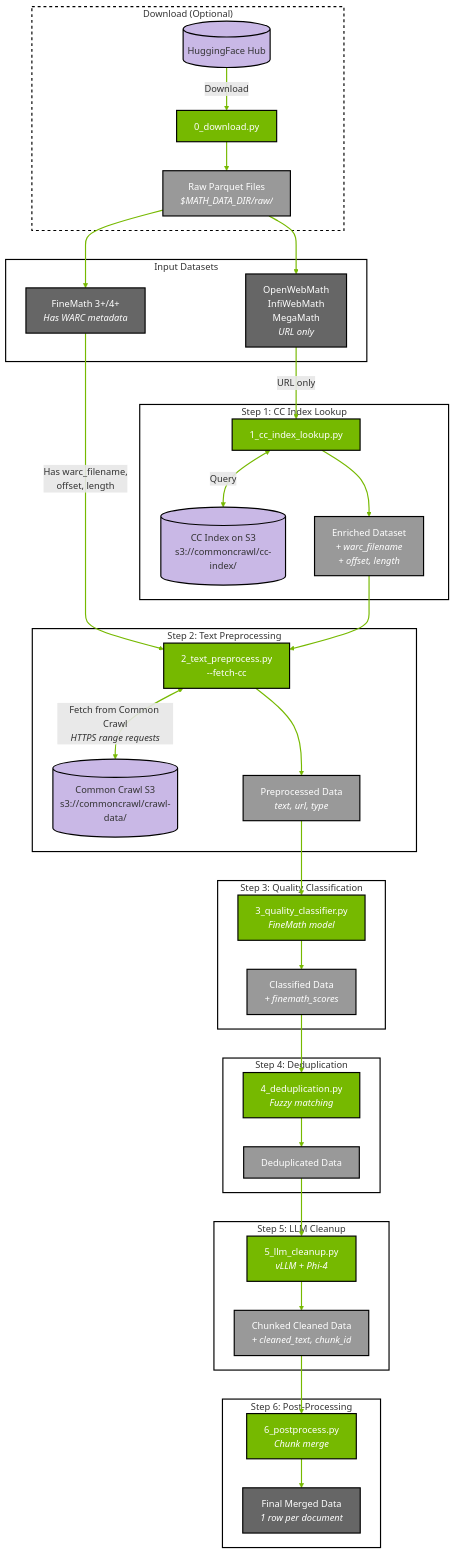
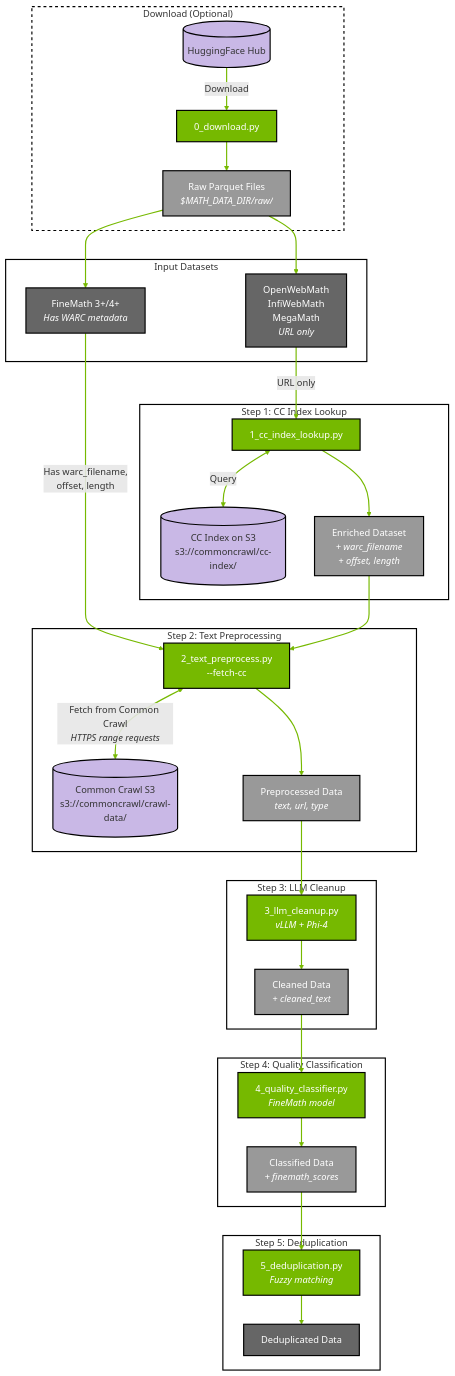
One commit to NVIDIA-NeMo/Curator changed the diagram in tutorials/math/README.md. Above: the diagram before and after it, drawn with Mermaid. The commit also changed other lines of this file and 12 other files, not shown here.

```diff
--- a/tutorials/math/README.md
+++ b/tutorials/math/README.md
@@ -193,24 +193,19 @@
         PREPROCESSED["Preprocessed Data<br/><i>text, url, type</i>"]
     end
 
-    subgraph step3["Step 3: Quality Classification"]
-        CLASSIFY["3_quality_classifier.py<br/><i>FineMath model</i>"]
+    subgraph step3["Step 3: LLM Cleanup"]
+        LLM["3_llm_cleanup.py<br/><i>vLLM + Phi-4</i>"]
+        FINAL["Cleaned Data<br/><i>+ cleaned_text</i>"]
+    end
+
+    subgraph step4["Step 4: Quality Classification"]
+        CLASSIFY["4_quality_classifier.py<br/><i>FineMath model</i>"]
         CLASSIFIED["Classified Data<br/><i>+ finemath_scores</i>"]
     end
 
-    subgraph step4["Step 4: Deduplication"]
-        DEDUP["4_deduplication.py<br/><i>Fuzzy matching</i>"]
+    subgraph step5["Step 5: Deduplication"]
+        DEDUP["5_deduplication.py<br/><i>Fuzzy matching</i>"]
         DEDUPED["Deduplicated Data"]
-    end
-
-    subgraph step5["Step 5: LLM Cleanup"]
-        LLM["5_llm_cleanup.py<br/><i>vLLM + Phi-4</i>"]
-        CHUNKED["Chunked Cleaned Data<br/><i>+ cleaned_text, chunk_id</i>"]
-    end
-
-    subgraph step6["Step 6: Post-Processing"]
-        MERGE["6_postprocess.py<br/><i>Chunk merge</i>"]
-        FINAL["Final Merged Data<br/><i>1 row per document</i>"]
     end
 
     %% Download flow (optional)
@@ -231,14 +226,12 @@
     %% Common flow after preprocessing
     EXTRACT <-->|"Fetch from Common Crawl<br/><i>HTTPS range requests</i>"| CC_S3
     EXTRACT --> PREPROCESSED
-    PREPROCESSED --> CLASSIFY
+    PREPROCESSED --> LLM
+    LLM --> FINAL
+    FINAL --> CLASSIFY
     CLASSIFY --> CLASSIFIED
     CLASSIFIED --> DEDUP
     DEDUP --> DEDUPED
-    DEDUPED --> LLM
-    LLM --> CHUNKED
-    CHUNKED --> MERGE
-    MERGE --> FINAL
 
     %% ==========================================
     %% NVIDIA Color Scheme
@@ -262,13 +255,13 @@
     class HF,CC_INDEX,CC_S3 nvidiaPurple
 
     %% Processing steps (Python scripts) - NVIDIA Green
-    class DL,LOOKUP,EXTRACT,CLASSIFY,DEDUP,LLM,MERGE nvidiaGreen
+    class DL,LOOKUP,EXTRACT,LLM,CLASSIFY,DEDUP nvidiaGreen
 
     %% Intermediate outputs - Light Gray
-    class RAW,ENRICHED,PREPROCESSED,CLASSIFIED,DEDUPED,CHUNKED nvidiaLightGray
+    class RAW,ENRICHED,PREPROCESSED,FINAL,CLASSIFIED nvidiaLightGray
 
     %% Final output - Gray
-    class FINAL nvidiaGray
+    class DEDUPED nvidiaGray
 
     %% Subgraph styling (Note: subgraph styling support varies by renderer)
     style download fill:transparent,stroke:#000000,stroke-width:2px,stroke-dasharray:5 5,color:#333
@@ -278,7 +271,6 @@
     style step3 fill:transparent,stroke:#000000,stroke-width:2px,color:#333
     style step4 fill:transparent,stroke:#000000,stroke-width:2px,color:#333
     style step5 fill:transparent,stroke:#000000,stroke-width:2px,color:#333
-    style step6 fill:transparent,stroke:#000000,stroke-width:2px,color:#333
 
     %% Link/Arrow styling (Note: linkStyle support varies by renderer)
     linkStyle default stroke:#76b900,stroke-width:2px
```
